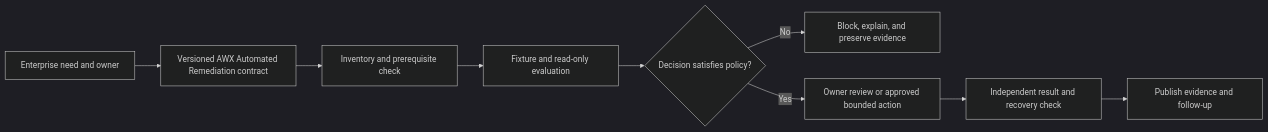
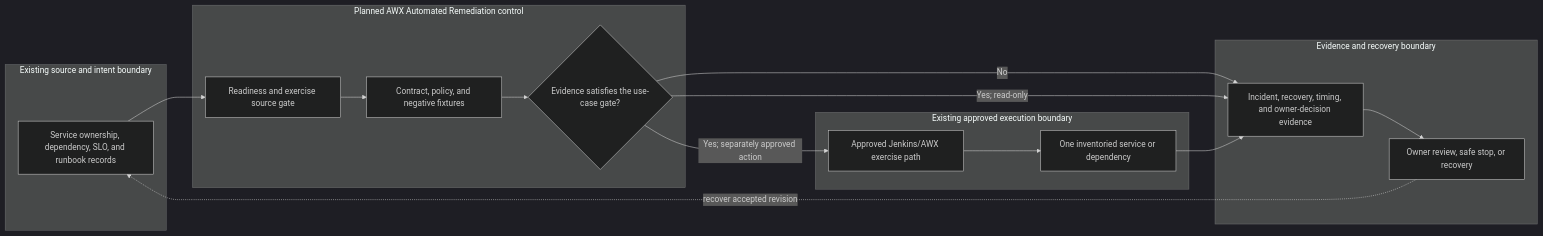
One commit to MIDHTECH/enterprise-architecture-docs changed the diagram in docs/use-cases/resilience/UC-RSO-019-awx-automated-remediation.md. Above: the diagram before and after it, drawn with Mermaid (dark theme). The commit also changed other lines of this file and 227 other files, not shown here.

Commit message:
Deepen architecture for all use case designs

````diff
--- a/docs/use-cases/resilience/UC-RSO-019-awx-automated-remediation.md
+++ b/docs/use-cases/resilience/UC-RSO-019-awx-automated-remediation.md
@@ -136,11 +129,25 @@
 ```mermaid
 flowchart LR
-    Need["Enterprise need and owner"] --> Contract["Versioned AWX Automated Remediation contract"]
-    Contract --> Preflight["Inventory and prerequisite check"]
-    Preflight --> Evaluate["Fixture and read-only evaluation"]
-    Evaluate --> Decision{"Decision satisfies policy?"}
-    Decision -->|No| Stop["Block, explain, and preserve evidence"]
-    Decision -->|Yes| Review["Owner review or approved bounded action"]
-    Review --> Verify["Independent result and recovery check"]
-    Verify --> Publish["Publish evidence and follow-up"]
+    subgraph Source["Existing source and intent boundary"]
+        A["Service ownership, dependency, SLO, and runbook records"]
+    end
+    subgraph Planned["Planned AWX Automated Remediation control"]
+        B["Readiness and exercise source gate"]
+        C["Contract, policy, and negative fixtures"]
+        D{"Evidence satisfies the use-case gate?"}
+    end
+    subgraph Runtime["Existing approved execution boundary"]
+        E["Approved Jenkins/AWX exercise path"]
+        F["One inventoried service or dependency"]
+    end
+    subgraph Assurance["Evidence and recovery boundary"]
+        G["Incident, recovery, timing, and owner-decision evidence"]
+        H["Owner review, safe stop, or recovery"]
+    end
+
+    A --> B --> C --> D
+    D -->|No| G --> H
+    D -->|Yes; read-only| G
+    D -->|Yes; separately approved action| E --> F --> G
+    H -. recover accepted revision .-> A
 ```
````
